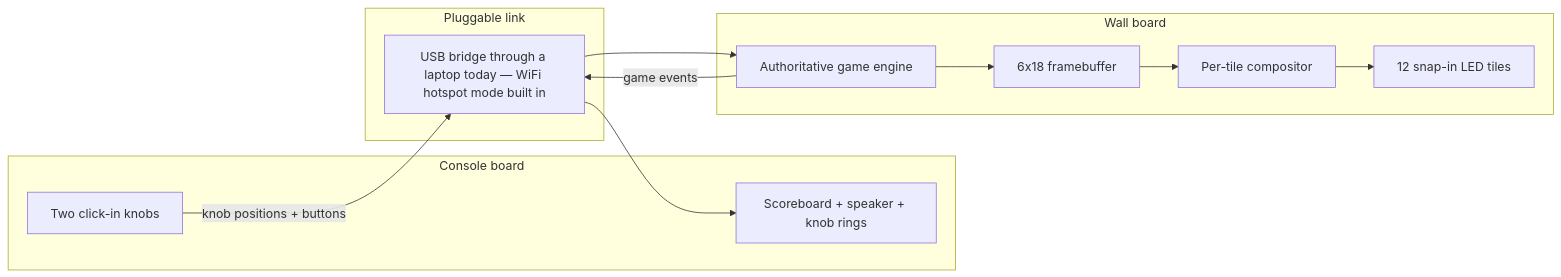
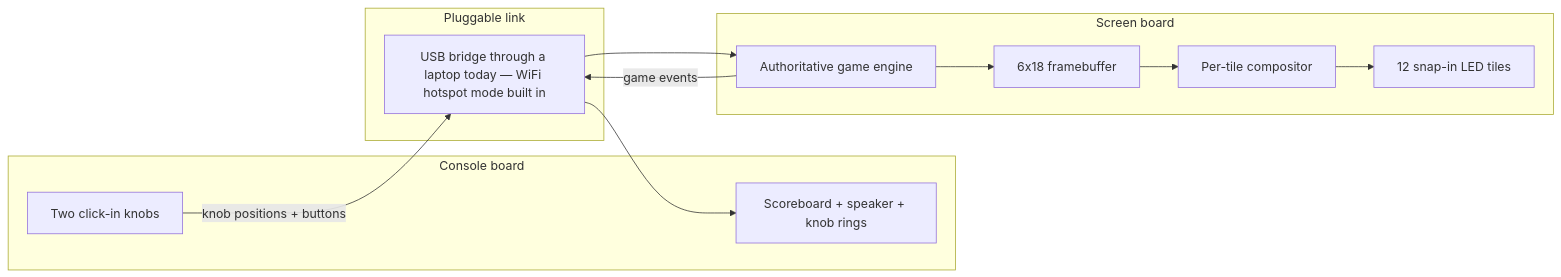
The first of 3 diagrams in README.md (NikitaSuprun/atech-hackathon), drawn with Mermaid before and after one commit. The commit also changed other lines of this file and 17 other files, not shown here.

First line of the commit message:
refactor: rename 'pong wall' -> 'pong', 'wall' -> 'screen'/'matrix'

````diff
--- a/README.md
+++ b/README.md
@@ -52,23 +52,23 @@
 ```mermaid
 flowchart LR
     subgraph Console["Console board"]
         K["Two click-in knobs"]
         P["Scoreboard + speaker + knob rings"]
     end
     subgraph Link["Pluggable link"]
         B["USB bridge through a laptop today — WiFi hotspot mode built in"]
     end
-    subgraph Wall["Wall board"]
+    subgraph Screen["Screen board"]
         E["Authoritative game engine"]
         F["6x18 framebuffer"]
         C["Per-tile compositor"]
         T["12 snap-in LED tiles"]
     end
     K -->|"knob positions + buttons"| B
     B --> E
     E --> F
     F --> C
     C --> T
     E -->|"game events"| B
     B --> P
 ```
````
